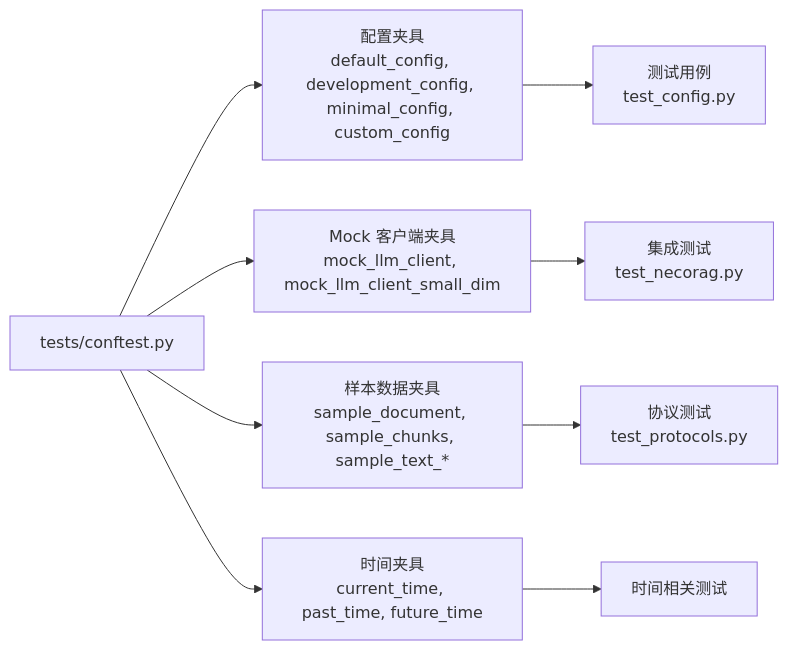
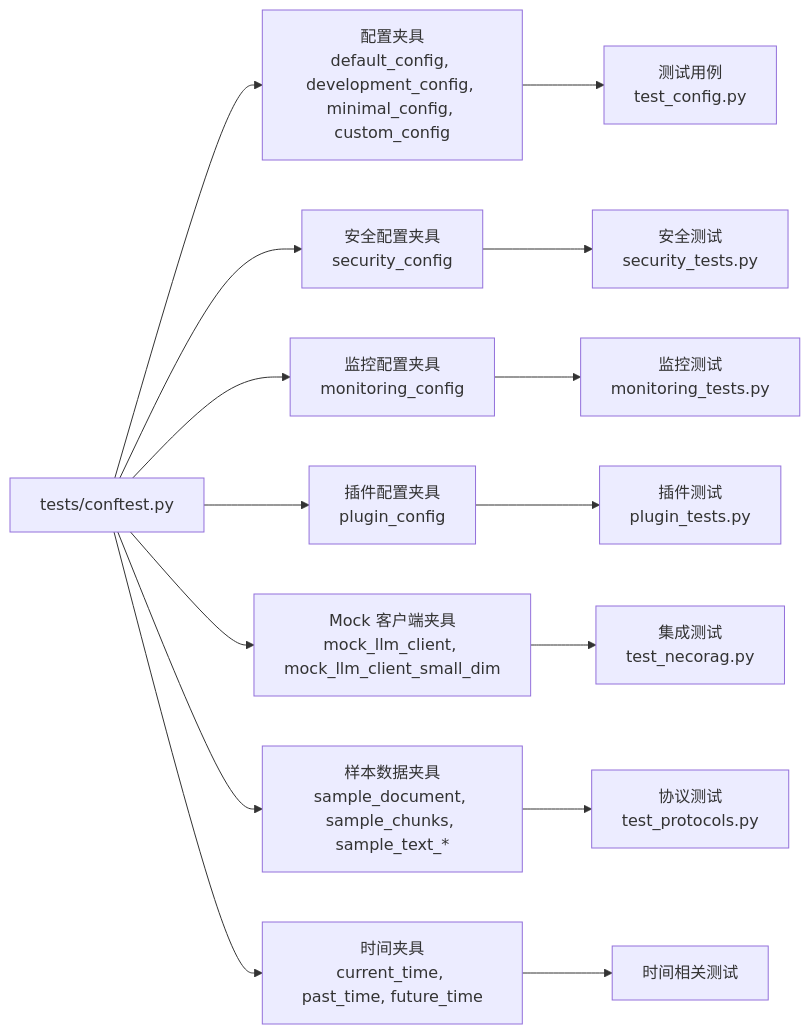
Before and after one commit to JieGaoPrinceton/NecoRAG: diagram 12 of 13 in .qoder/repowiki/zh/content/配置管理/配置管理.md, drawn with Mermaid. The commit also changed other lines of this file and 12 other files, not shown here.

````diff
--- a/.qoder/repowiki/zh/content/配置管理/配置管理.md
+++ b/.qoder/repowiki/zh/content/配置管理/配置管理.md
@@ -344,11 +535,17 @@
 ```mermaid
 graph LR
 A["tests/conftest.py"] --> B["配置夹具<br/>default_config, development_config, minimal_config, custom_config"]
-A --> C["Mock 客户端夹具<br/>mock_llm_client, mock_llm_client_small_dim"]
-A --> D["样本数据夹具<br/>sample_document, sample_chunks, sample_text_*"]
-A --> E["时间夹具<br/>current_time, past_time, future_time"]
-B --> F["测试用例<br/>test_config.py"]
-C --> G["集成测试<br/>test_necorag.py"]
-D --> H["协议测试<br/>test_protocols.py"]
-E --> I["时间相关测试"]
+A --> C["安全配置夹具<br/>security_config"]
+A --> D["监控配置夹具<br/>monitoring_config"]
+A --> E["插件配置夹具<br/>plugin_config"]
+A --> F["Mock 客户端夹具<br/>mock_llm_client, mock_llm_client_small_dim"]
+A --> G["样本数据夹具<br/>sample_document, sample_chunks, sample_text_*"]
+A --> H["时间夹具<br/>current_time, past_time, future_time"]
+B --> I["测试用例<br/>test_config.py"]
+C --> J["安全测试<br/>security_tests.py"]
+D --> K["监控测试<br/>monitoring_tests.py"]
+E --> L["插件测试<br/>plugin_tests.py"]
+F --> M["集成测试<br/>test_necorag.py"]
+G --> N["协议测试<br/>test_protocols.py"]
+H --> O["时间相关测试"]
 ```
````
